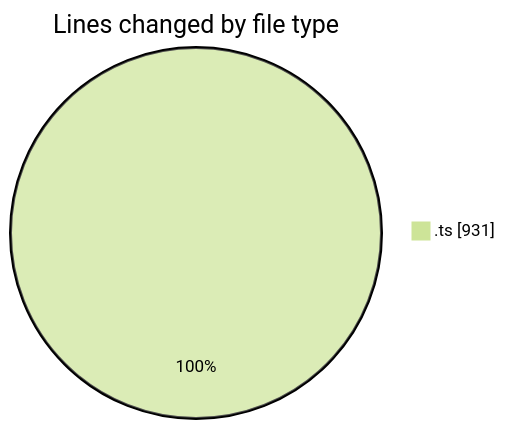
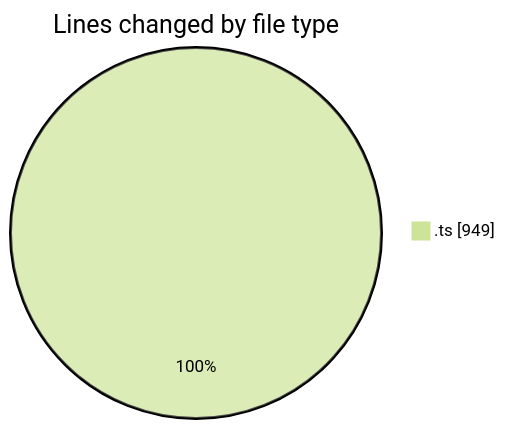
Before and after one commit to momahboobian/code-tracking: the first of 2 diagrams in 2025-08-11/cda/README.md, drawn with Mermaid (forest theme). The commit also changed other lines of this file and 1 other file, not shown here.

````diff
--- a/2025-08-11/cda/README.md
+++ b/2025-08-11/cda/README.md
@@ -22,5 +22,5 @@
 ```mermaid
 pie showData
 title Lines changed by file type
-".ts" : 931
+".ts" : 949
 ```
````
